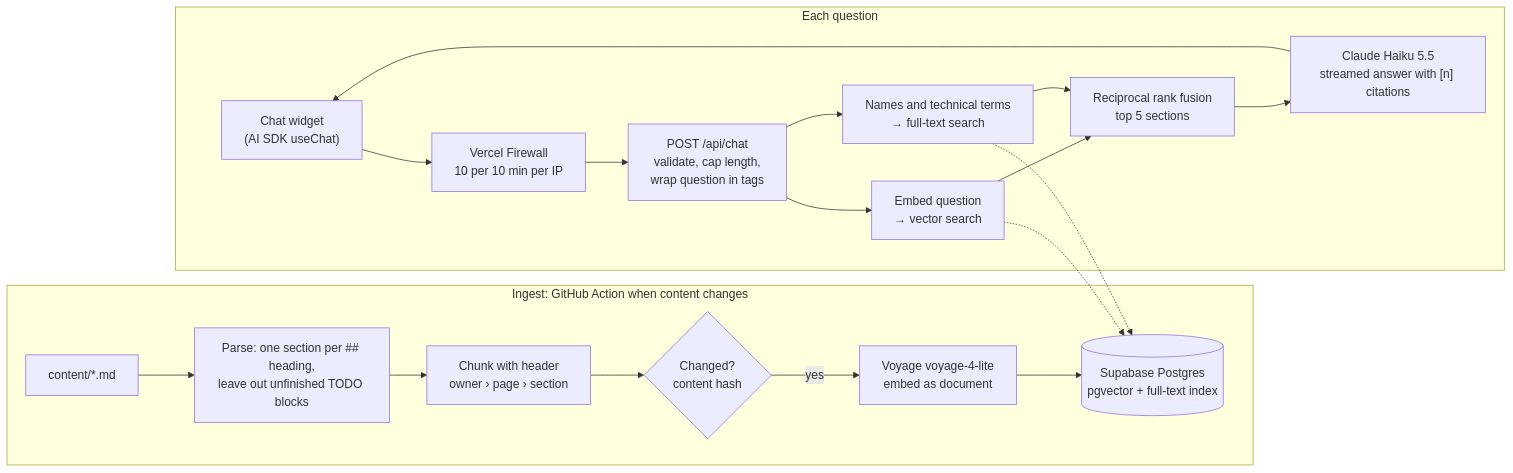
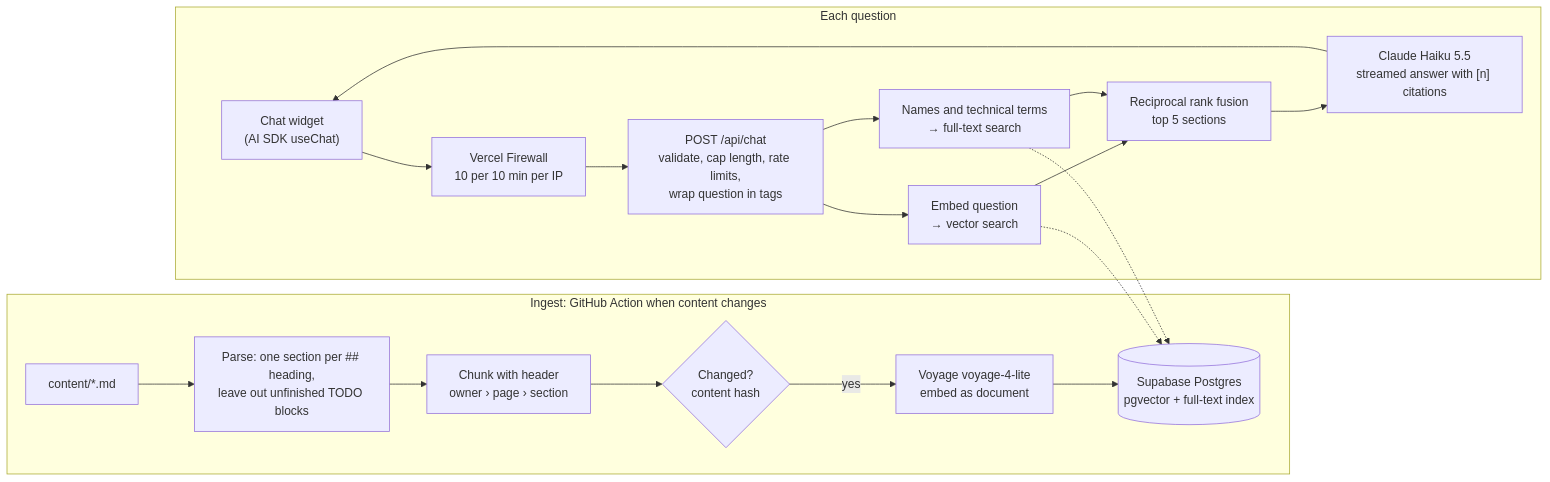
Before and after one commit to xZenshin/devSite: the diagram in README.md, drawn with Mermaid. The commit also changed other lines of this file and 43 other files, not shown here.

````diff
--- a/README.md
+++ b/README.md
@@ -81,24 +81,24 @@
 ```mermaid
 flowchart LR
   subgraph Ingest["Ingest: GitHub Action when content changes"]
     MD["content/*.md"] --> P["Parse: one section per ## heading,<br/>leave out unfinished TODO blocks"]
     P --> C["Chunk with header<br/>owner › page › section"]
     C --> H{"Changed?<br/>content hash"}
     H -- yes --> E["Voyage voyage-4-lite<br/>embed as document"]
     E --> DB[("Supabase Postgres<br/>pgvector + full-text index")]
   end
 
   subgraph Ask["Each question"]
     W["Chat widget<br/>(AI SDK useChat)"] --> FW["Vercel Firewall<br/>10 per 10 min per IP"]
-    FW --> API["POST /api/chat<br/>validate, cap length,<br/>wrap question in tags"]
+    FW --> API["POST /api/chat<br/>validate, cap length, rate limits,<br/>wrap question in tags"]
     API --> V["Embed question<br/>→ vector search"]
     API --> T["Names and technical terms<br/>→ full-text search"]
     V --> F["Reciprocal rank fusion<br/>top 5 sections"]
     T --> F
     F --> LLM["Claude Haiku 5.5<br/>streamed answer with [n] citations"]
     LLM --> W
   end
 
   V -.-> DB
   T -.-> DB
 ```
````
